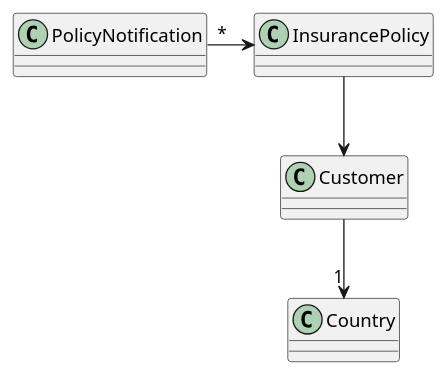
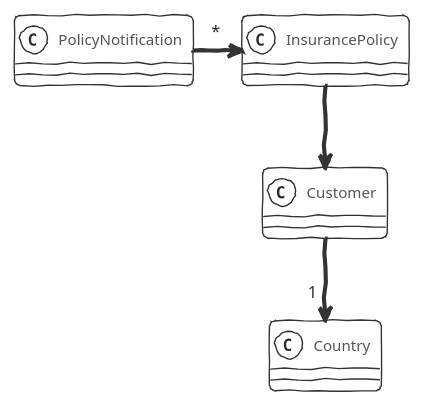
The diagram in adoc/class.puml (victorrentea/clean-architecture), drawn with PlantUML before and after one commit. The commit also changed 2 other files, not shown here.

```diff
--- a/adoc/class.puml
+++ b/adoc/class.puml
@@ -1,7 +1,9 @@
 @startuml
+!theme sketchy-outline
+
 class Customer
 
 PolicyNotification "*" -> InsurancePolicy
 Customer --> "1" Country
 InsurancePolicy --> Customer
 @enduml
```
